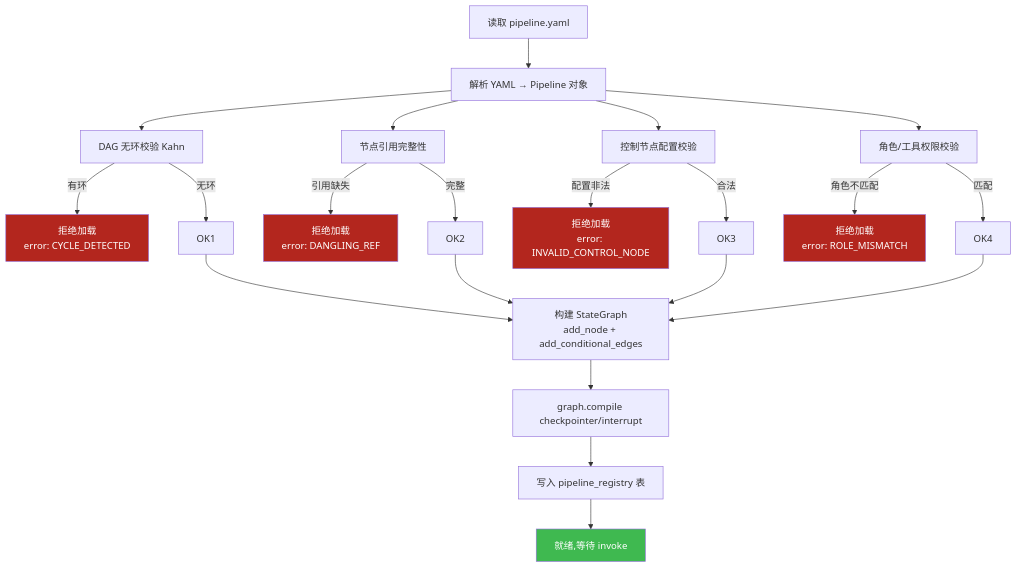
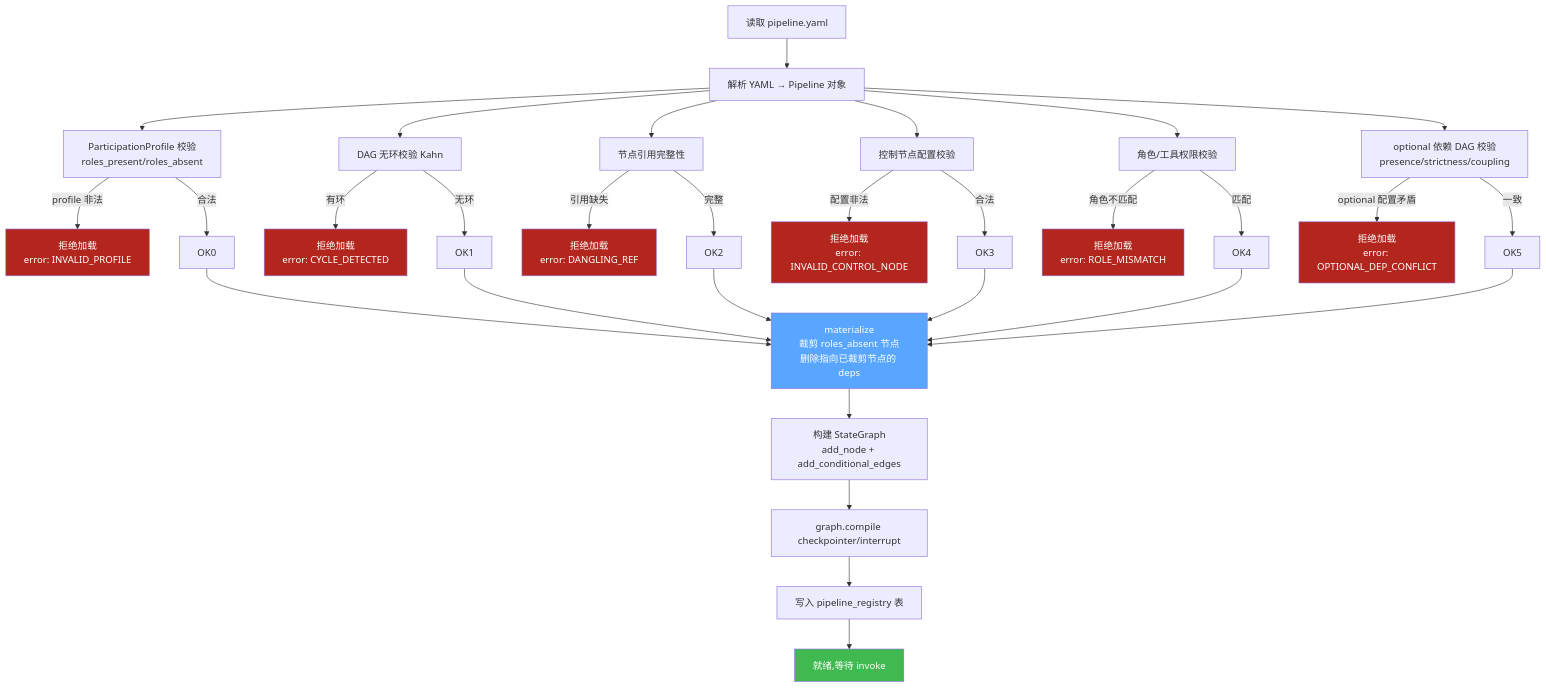
One commit to s-charvin/ai-delivery-kit changed the fifth of 7 diagrams in docs/prd/deep-dive/fr2-orchestration.md. Above: the diagram before and after it, drawn with Mermaid. The commit also changed other lines of this file and 4 other files, not shown here.

````diff
--- a/docs/prd/deep-dive/fr2-orchestration.md
+++ b/docs/prd/deep-dive/fr2-orchestration.md
@@ -730,29 +988,39 @@
 ```mermaid
 flowchart TD
     FILE[读取 pipeline.yaml] --> PARSE[解析 YAML → Pipeline 对象]
+    PARSE --> PARTICIPATION[ParticipationProfile 校验<br/>roles_present/roles_absent]
     PARSE --> CYCLE[DAG 无环校验 Kahn]
     PARSE --> REF[节点引用完整性]
     PARSE --> CTRL[控制节点配置校验]
     PARSE --> ROLE[角色/工具权限校验]
+    PARSE --> OPT[optional 依赖 DAG 校验<br/>presence/strictness/coupling]
 
+    PARTICIPATION -->|profile 非法| FAIL0[拒绝加载<br/>error: INVALID_PROFILE]
     CYCLE -->|有环| FAIL1[拒绝加载<br/>error: CYCLE_DETECTED]
     REF -->|引用缺失| FAIL2[拒绝加载<br/>error: DANGLING_REF]
     CTRL -->|配置非法| FAIL3[拒绝加载<br/>error: INVALID_CONTROL_NODE]
     ROLE -->|角色不匹配| FAIL4[拒绝加载<br/>error: ROLE_MISMATCH]
+    OPT -->|optional 配置矛盾| FAIL5[拒绝加载<br/>error: OPTIONAL_DEP_CONFLICT]
 
+    PARTICIPATION -->|合法| OK0
     CYCLE -->|无环| OK1
     REF -->|完整| OK2
     CTRL -->|合法| OK3
     ROLE -->|匹配| OK4
+    OPT -->|一致| OK5
 
-    OK1 & OK2 & OK3 & OK4 --> BUILD[构建 StateGraph<br/>add_node + add_conditional_edges]
+    OK0 & OK1 & OK2 & OK3 & OK4 & OK5 --> MAT[materialize<br/>裁剪 roles_absent 节点<br/>删除指向已裁剪节点的 deps]
+    MAT --> BUILD[构建 StateGraph<br/>add_node + add_conditional_edges]
     BUILD --> COMPILE[graph.compile checkpointer/interrupt]
     COMPILE --> LOAD_DB[写入 pipeline_registry 表]
     LOAD_DB --> READY[就绪,等待 invoke]
 
+    style FAIL0 fill:#b3261e,color:#fff
     style FAIL1 fill:#b3261e,color:#fff
     style FAIL2 fill:#b3261e,color:#fff
     style FAIL3 fill:#b3261e,color:#fff
     style FAIL4 fill:#b3261e,color:#fff
+    style FAIL5 fill:#b3261e,color:#fff
+    style MAT fill:#58a6ff,color:#fff
     style READY fill:#3fb950,color:#fff
 ```
````
